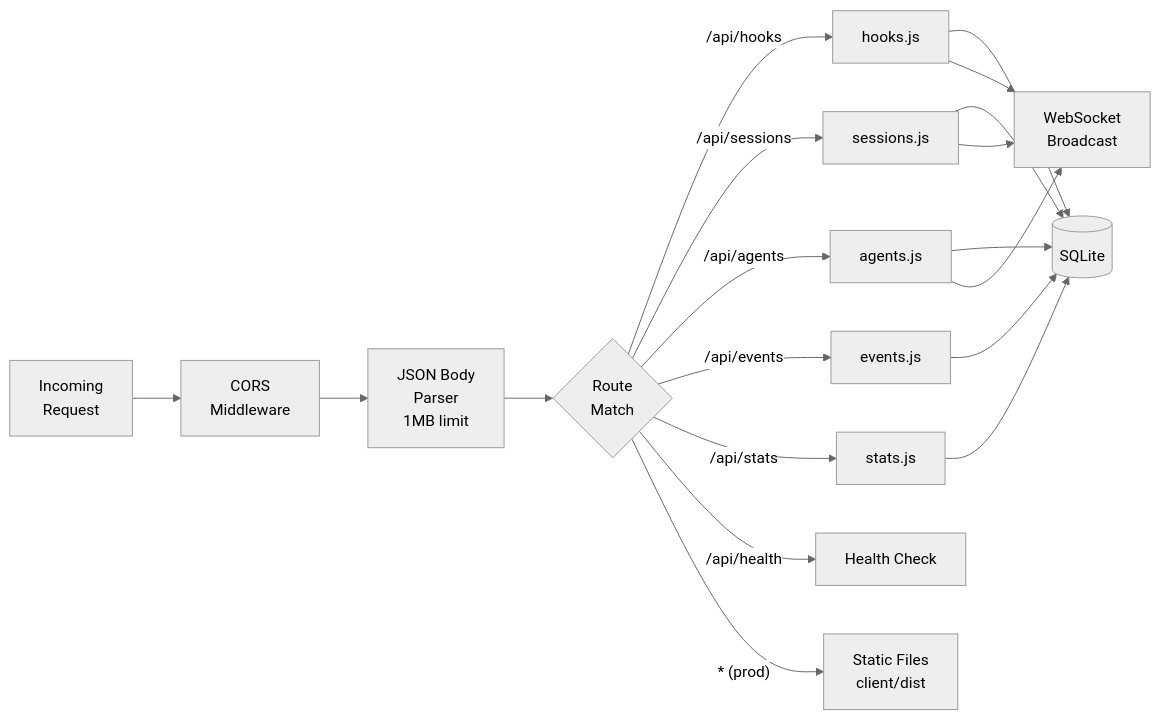
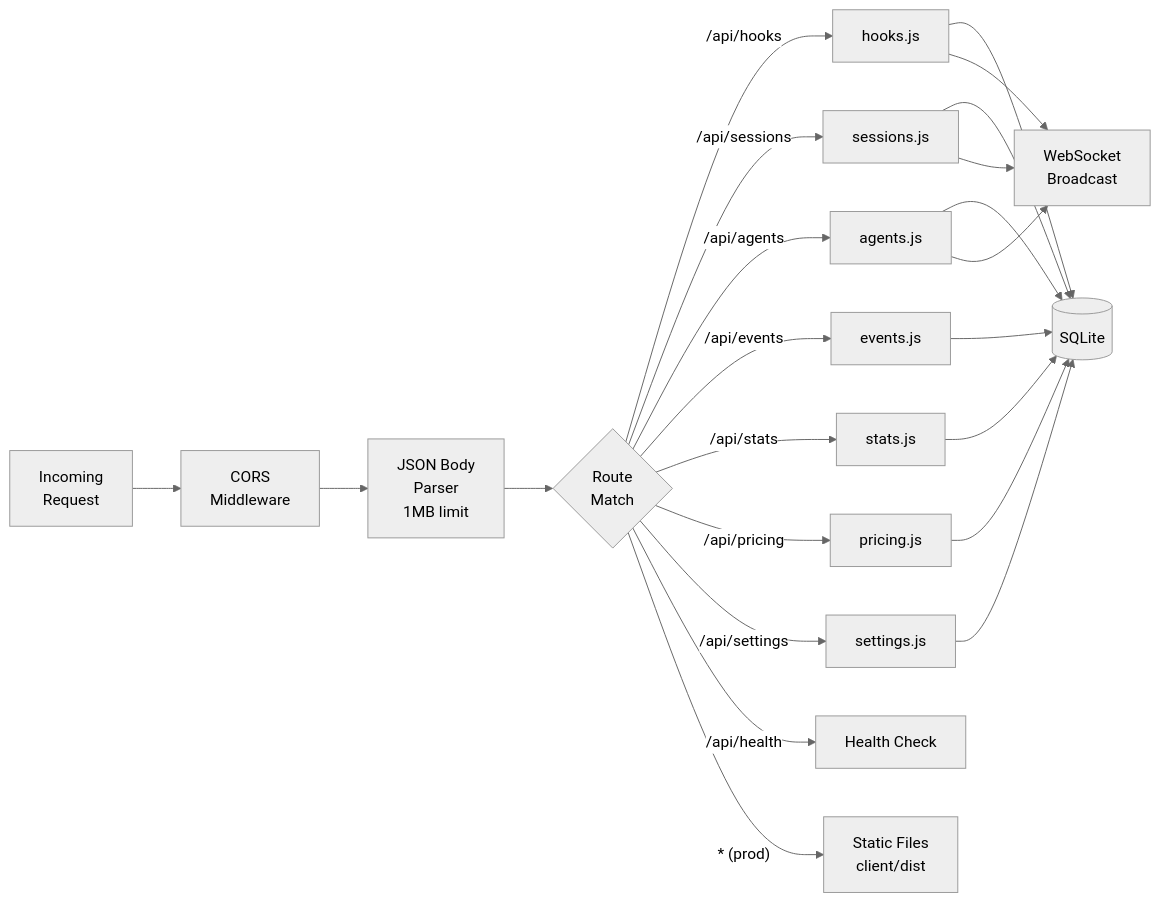
The sixth of 19 diagrams in ARCHITECTURE.md (mirkanu/gsd-dashboard), drawn with Mermaid (neutral theme) before and after one commit. The commit also changed other lines of this file and 4 other files, not shown here.

First line of the commit message:
Update project docs to reflect cost tracking, pricing API, and settings page

````diff
--- a/ARCHITECTURE.md
+++ b/ARCHITECTURE.md
@@ -244,23 +251,27 @@
 ```mermaid
 flowchart LR
     REQ[Incoming<br/>Request] --> CORS[CORS<br/>Middleware]
     CORS --> JSON[JSON Body<br/>Parser<br/>1MB limit]
     JSON --> ROUTER{Route<br/>Match}
     ROUTER -->|/api/hooks| HOOKS[hooks.js]
     ROUTER -->|/api/sessions| SESSIONS[sessions.js]
     ROUTER -->|/api/agents| AGENTS[agents.js]
     ROUTER -->|/api/events| EVENTS[events.js]
     ROUTER -->|/api/stats| STATS[stats.js]
+    ROUTER -->|/api/pricing| PRICING[pricing.js]
+    ROUTER -->|/api/settings| SETTINGS[settings.js]
     ROUTER -->|/api/health| HEALTH[Health Check]
     ROUTER -->|"* (prod)"| STATIC[Static Files<br/>client/dist]
 
     HOOKS --> DB[(SQLite)]
     SESSIONS --> DB
     AGENTS --> DB
     EVENTS --> DB
     STATS --> DB
+    PRICING --> DB
+    SETTINGS --> DB
 
     HOOKS --> WS[WebSocket<br/>Broadcast]
     SESSIONS --> WS
     AGENTS --> WS
 ```
````
